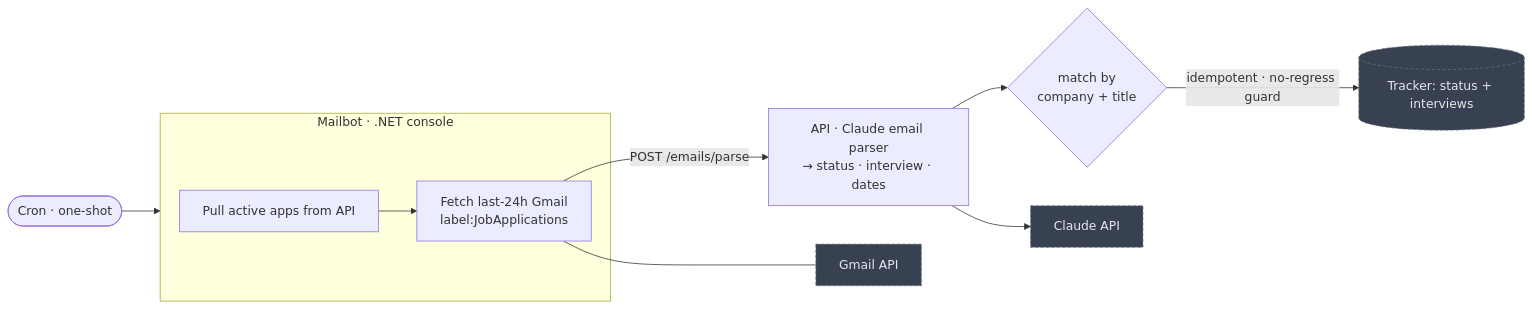
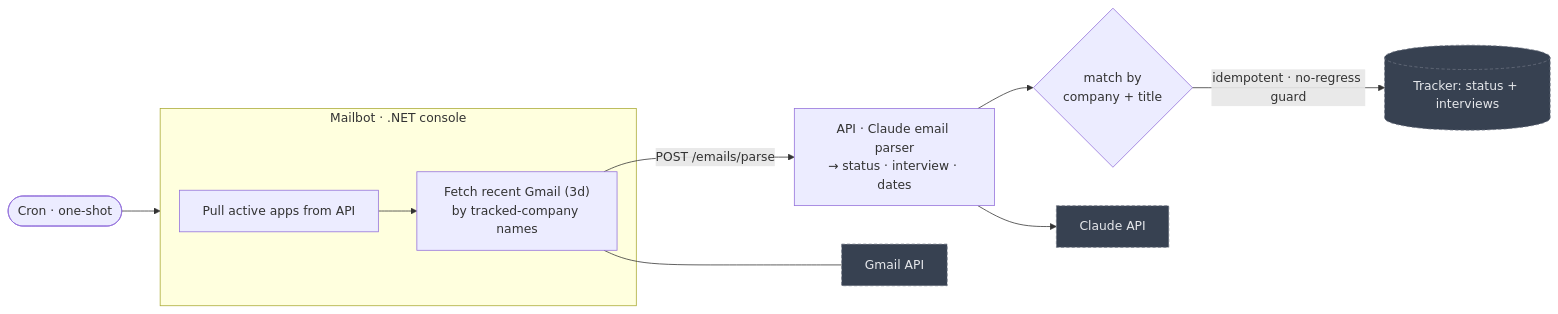
One commit to ozShpigel/nextrole changed the fourth of 4 diagrams in README.md. Above: the diagram before and after it, drawn with Mermaid. The commit also changed other lines of this file and 7 other files, not shown here.

````diff
--- a/README.md
+++ b/README.md
@@ -185,19 +185,19 @@
 ```mermaid
 flowchart LR
     cron(["Cron · one-shot"]) --> mb
 
     subgraph mb["Mailbot · .NET console"]
         pull["Pull active apps from API"]
-        fetch["Fetch last-24h Gmail<br/>label:JobApplications"]
+        fetch["Fetch recent Gmail (3d)<br/>by tracked-company names"]
         pull --> fetch
     end
 
     fetch -->|"POST /emails/parse"| parse["API · Claude email parser<br/>→ status · interview · dates"]
     parse --> match{"match by<br/>company + title"}
     match -->|"idempotent · no-regress guard"| update[("Tracker: status + interviews")]
     parse --> claude["Claude API"]
     fetch --- gmail["Gmail API"]
 
     classDef ext fill:#374151,stroke:#6b7280,color:#e5e7eb,stroke-dasharray:4 3;
     class claude,update,gmail ext;
 ```
````
